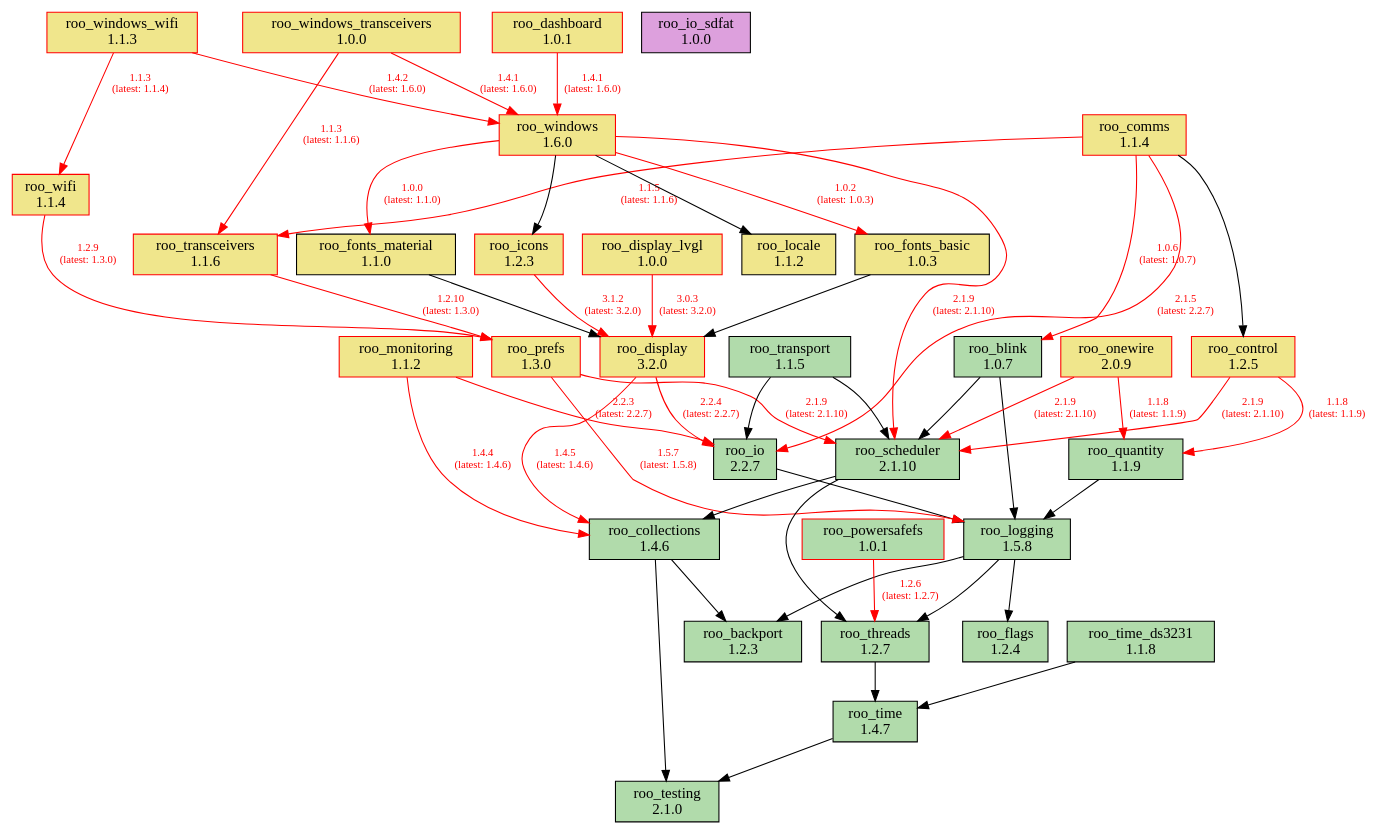
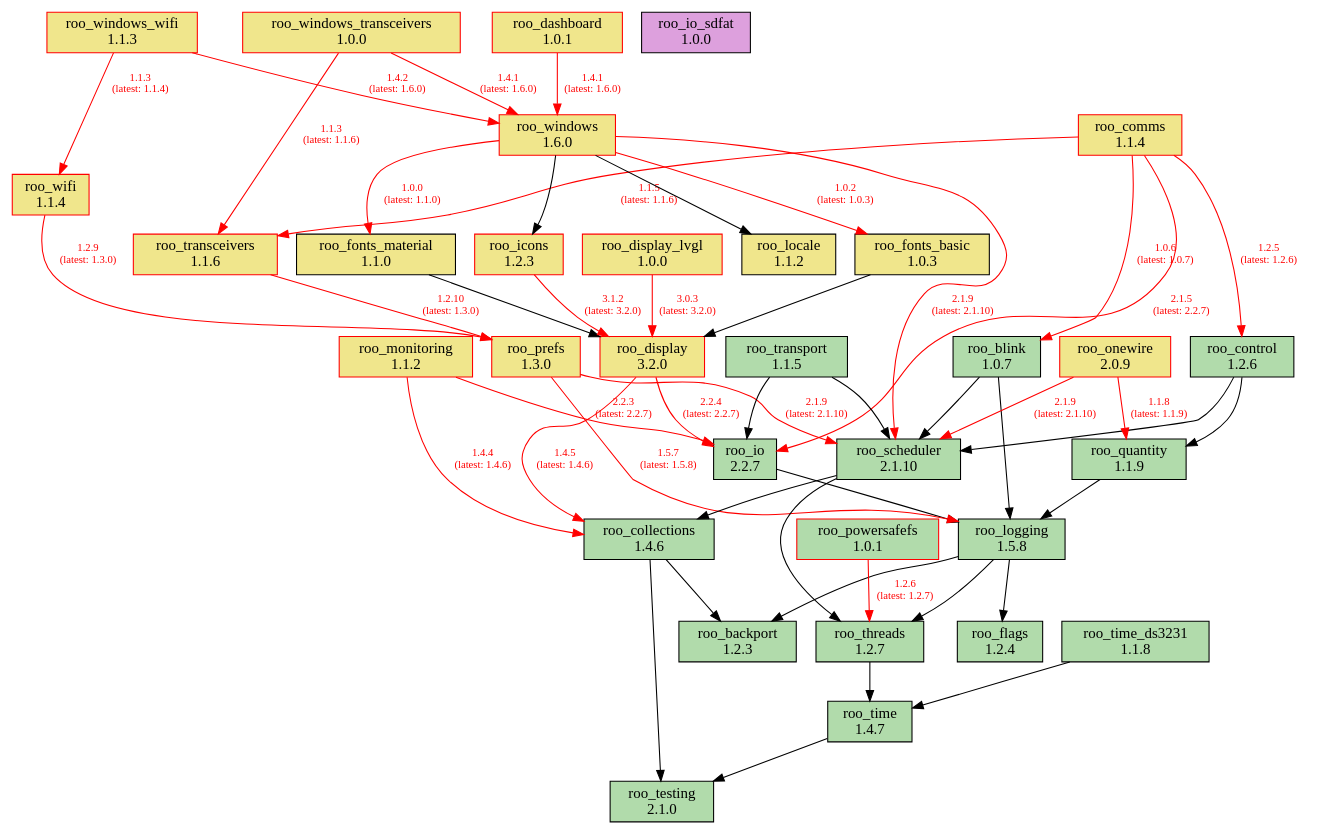
One commit to dejwk/roo-registry changed the diagram in doc/dependencies.dot. Above: the diagram before and after it, drawn with Graphviz. The commit also changed 3 other files, not shown here.

Commit message:
Added roo_control 1.2.6 to the registry.

```diff
--- a/doc/dependencies.dot
+++ b/doc/dependencies.dot
@@ -1,88 +1,88 @@
 digraph dependencies {
     rankdir=TB;
     node [shape=box, style=filled];
     edge [fontsize=10];
 
     // Modules
     "roo_backport" [label="roo_backport\n1.2.3", fillcolor="#b1dbab", color="black"];
     "roo_blink" [label="roo_blink\n1.0.7", fillcolor="#b1dbab", color="black"];
     "roo_collections" [label="roo_collections\n1.4.6", fillcolor="#b1dbab", color="black"];
     "roo_comms" [label="roo_comms\n1.1.4", fillcolor="khaki", color="red"];
-    "roo_control" [label="roo_control\n1.2.5", fillcolor="khaki", color="red"];
+    "roo_control" [label="roo_control\n1.2.6", fillcolor="#b1dbab", color="black"];
     "roo_dashboard" [label="roo_dashboard\n1.0.1", fillcolor="khaki", color="red"];
     "roo_display" [label="roo_display\n3.2.0", fillcolor="khaki", color="red"];
     "roo_display_lvgl" [label="roo_display_lvgl\n1.0.0", fillcolor="khaki", color="red"];
     "roo_flags" [label="roo_flags\n1.2.4", fillcolor="#b1dbab", color="black"];
     "roo_fonts_basic" [label="roo_fonts_basic\n1.0.3", fillcolor="khaki", color="black"];
     "roo_fonts_material" [label="roo_fonts_material\n1.1.0", fillcolor="khaki", color="black"];
     "roo_icons" [label="roo_icons\n1.2.3", fillcolor="khaki", color="red"];
     "roo_io" [label="roo_io\n2.2.7", fillcolor="#b1dbab", color="black"];
     "roo_io_sdfat" [label="roo_io_sdfat\n1.0.0", fillcolor="plum", color="black"];
     "roo_locale" [label="roo_locale\n1.1.2", fillcolor="khaki", color="black"];
     "roo_logging" [label="roo_logging\n1.5.8", fillcolor="#b1dbab", color="black"];
     "roo_monitoring" [label="roo_monitoring\n1.1.2", fillcolor="khaki", color="red"];
     "roo_onewire" [label="roo_onewire\n2.0.9", fillcolor="khaki", color="red"];
     "roo_powersafefs" [label="roo_powersafefs\n1.0.1", fillcolor="#b1dbab", color="red"];
     "roo_prefs" [label="roo_prefs\n1.3.0", fillcolor="khaki", color="red"];
     "roo_quantity" [label="roo_quantity\n1.1.9", fillcolor="#b1dbab", color="black"];
     "roo_scheduler" [label="roo_scheduler\n2.1.10", fillcolor="#b1dbab", color="black"];
     "roo_testing" [label="roo_testing\n2.1.0", fillcolor="#b1dbab", color="black"];
     "roo_threads" [label="roo_threads\n1.2.7", fillcolor="#b1dbab", color="black"];
     "roo_time" [label="roo_time\n1.4.7", fillcolor="#b1dbab", color="black"];
     "roo_time_ds3231" [label="roo_time_ds3231\n1.1.8", fillcolor="#b1dbab", color="black"];
     "roo_transceivers" [label="roo_transceivers\n1.1.6", fillcolor="khaki", color="red"];
     "roo_transport" [label="roo_transport\n1.1.5", fillcolor="#b1dbab", color="black"];
     "roo_wifi" [label="roo_wifi\n1.1.4", fillcolor="khaki", color="red"];
     "roo_windows" [label="roo_windows\n1.6.0", fillcolor="khaki", color="red"];
     "roo_windows_transceivers" [label="roo_windows_transceivers\n1.0.0", fillcolor="khaki", color="red"];
     "roo_windows_wifi" [label="roo_windows_wifi\n1.1.3", fillcolor="khaki", color="red"];
 
     // Dependencies
     "roo_blink" -> "roo_logging";
     "roo_blink" -> "roo_scheduler";
     "roo_collections" -> "roo_testing";
     "roo_collections" -> "roo_backport";
     "roo_comms" -> "roo_blink" [color=red, fontcolor=red, label="1.0.6\n(latest: 1.0.7)"];
-    "roo_comms" -> "roo_control";
+    "roo_comms" -> "roo_control" [color=red, fontcolor=red, label="1.2.5\n(latest: 1.2.6)"];
     "roo_comms" -> "roo_io" [color=red, fontcolor=red, label="2.1.5\n(latest: 2.2.7)"];
     "roo_comms" -> "roo_transceivers" [color=red, fontcolor=red, label="1.1.5\n(latest: 1.1.6)"];
-    "roo_control" -> "roo_quantity" [color=red, fontcolor=red, label="1.1.8\n(latest: 1.1.9)"];
-    "roo_control" -> "roo_scheduler" [color=red, fontcolor=red, label="2.1.9\n(latest: 2.1.10)"];
+    "roo_control" -> "roo_quantity";
+    "roo_control" -> "roo_scheduler";
     "roo_dashboard" -> "roo_windows" [color=red, fontcolor=red, label="1.4.1\n(latest: 1.6.0)"];
     "roo_display" -> "roo_collections" [color=red, fontcolor=red, label="1.4.5\n(latest: 1.4.6)"];
     "roo_display" -> "roo_io" [color=red, fontcolor=red, label="2.2.4\n(latest: 2.2.7)"];
     "roo_display_lvgl" -> "roo_display" [color=red, fontcolor=red, label="3.0.3\n(latest: 3.2.0)"];
     "roo_fonts_basic" -> "roo_display";
     "roo_fonts_material" -> "roo_display";
     "roo_icons" -> "roo_display" [color=red, fontcolor=red, label="3.1.2\n(latest: 3.2.0)"];
     "roo_io" -> "roo_logging";
     "roo_logging" -> "roo_backport";
     "roo_logging" -> "roo_flags";
     "roo_logging" -> "roo_threads";
     "roo_monitoring" -> "roo_collections" [color=red, fontcolor=red, label="1.4.4\n(latest: 1.4.6)"];
     "roo_monitoring" -> "roo_io" [color=red, fontcolor=red, label="2.2.3\n(latest: 2.2.7)"];
     "roo_onewire" -> "roo_scheduler" [color=red, fontcolor=red, label="2.1.9\n(latest: 2.1.10)"];
     "roo_onewire" -> "roo_quantity" [color=red, fontcolor=red, label="1.1.8\n(latest: 1.1.9)"];
     "roo_powersafefs" -> "roo_threads" [color=red, fontcolor=red, label="1.2.6\n(latest: 1.2.7)"];
     "roo_prefs" -> "roo_logging" [color=red, fontcolor=red, label="1.5.7\n(latest: 1.5.8)"];
     "roo_prefs" -> "roo_scheduler" [color=red, fontcolor=red, label="2.1.9\n(latest: 2.1.10)"];
     "roo_quantity" -> "roo_logging";
     "roo_scheduler" -> "roo_collections";
     "roo_scheduler" -> "roo_threads";
     "roo_threads" -> "roo_time";
     "roo_time" -> "roo_testing";
     "roo_time_ds3231" -> "roo_time";
     "roo_transceivers" -> "roo_prefs" [color=red, fontcolor=red, label="1.2.10\n(latest: 1.3.0)"];
     "roo_transport" -> "roo_io";
     "roo_transport" -> "roo_scheduler";
     "roo_wifi" -> "roo_prefs" [color=red, fontcolor=red, label="1.2.9\n(latest: 1.3.0)"];
     "roo_windows" -> "roo_fonts_basic" [color=red, fontcolor=red, label="1.0.2\n(latest: 1.0.3)"];
     "roo_windows" -> "roo_fonts_material" [color=red, fontcolor=red, label="1.0.0\n(latest: 1.1.0)"];
     "roo_windows" -> "roo_locale";
     "roo_windows" -> "roo_icons";
     "roo_windows" -> "roo_scheduler" [color=red, fontcolor=red, label="2.1.9\n(latest: 2.1.10)"];
     "roo_windows_transceivers" -> "roo_transceivers" [color=red, fontcolor=red, label="1.1.3\n(latest: 1.1.6)"];
     "roo_windows_transceivers" -> "roo_windows" [color=red, fontcolor=red, label="1.4.1\n(latest: 1.6.0)"];
     "roo_windows_wifi" -> "roo_wifi" [color=red, fontcolor=red, label="1.1.3\n(latest: 1.1.4)"];
     "roo_windows_wifi" -> "roo_windows" [color=red, fontcolor=red, label="1.4.2\n(latest: 1.6.0)"];
 }
```
